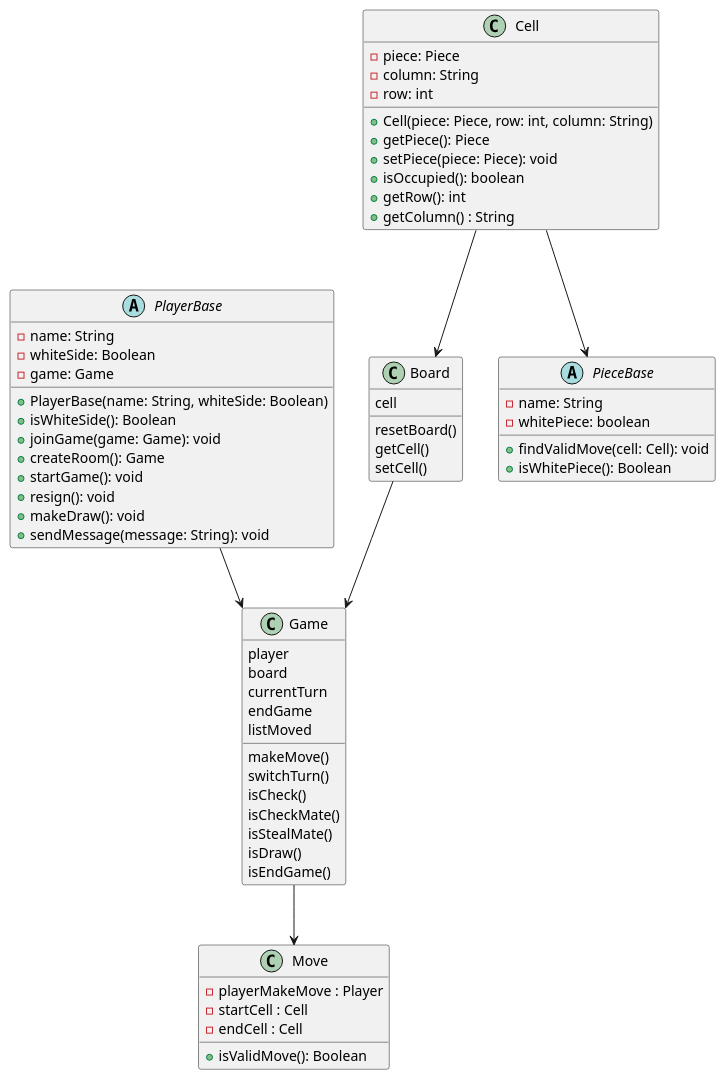
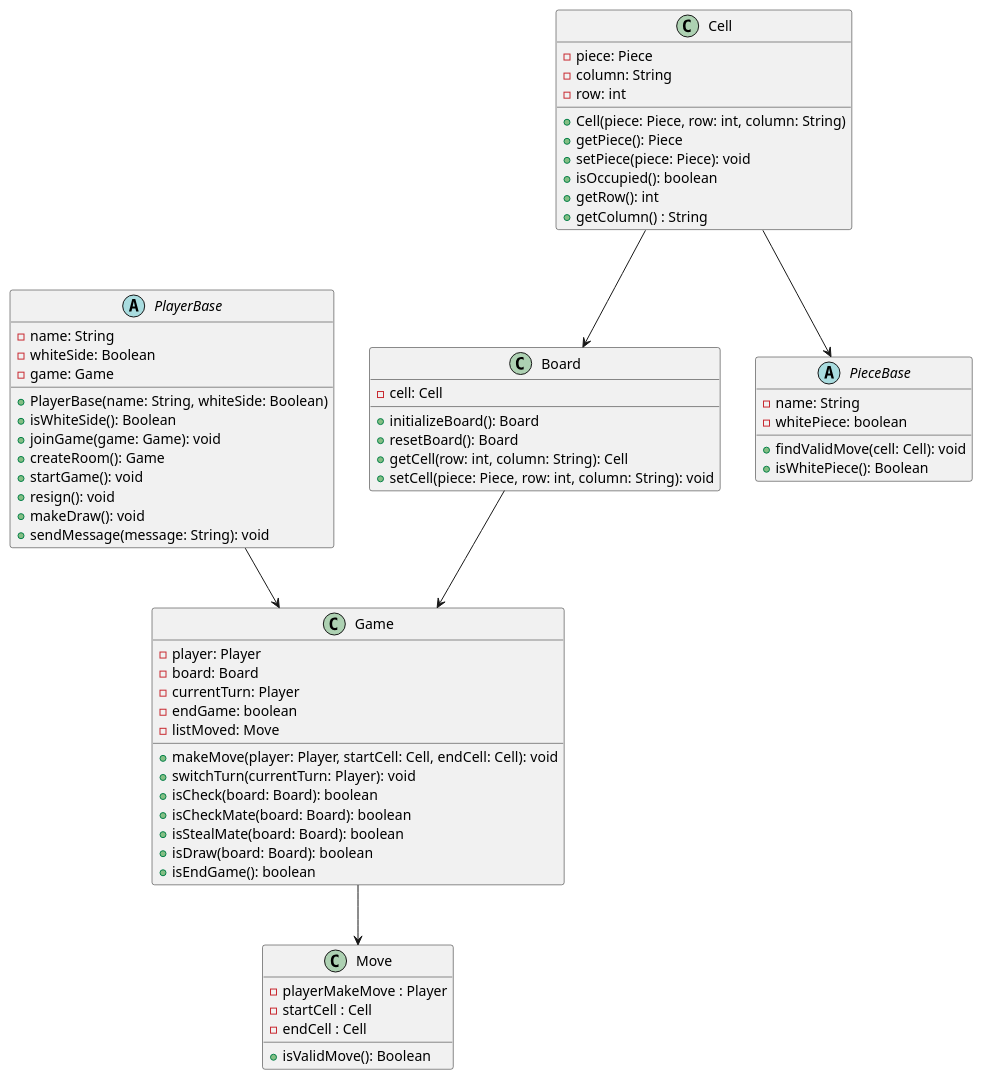
One commit to 3zard/Chess-Game changed the diagram in Diagram/classDiagram.pu. Above: the diagram before and after it, drawn with PlantUML.

Commit message:
Trình | edit classDiagram

```diff
--- a/Diagram/classDiagram.pu
+++ b/Diagram/classDiagram.pu
@@ -1,72 +1,73 @@
 @startuml classDiagram
 class Board {
-    cell
-    resetBoard()
-    getCell()
-    setCell()
+    -cell: Cell
+    +initializeBoard(): Board
+    +resetBoard(): Board
+    +getCell(row: int, column: String): Cell
+    +setCell(piece: Piece, row: int, column: String): void
 }
 class Game {
-    player
-    board
-    currentTurn
-    endGame
-    listMoved
-    makeMove()
-    switchTurn()
-    isCheck()
-    isCheckMate()
-    isStealMate()
-    isDraw()
-    isEndGame()
+    -player: Player
+    -board: Board
+    -currentTurn: Player
+    -endGame: boolean
+    -listMoved: Move
+    +makeMove(player: Player, startCell: Cell, endCell: Cell): void
+    +switchTurn(currentTurn: Player): void
+    +isCheck(board: Board): boolean
+    +isCheckMate(board: Board): boolean
+    +isStealMate(board: Board): boolean
+    +isDraw(board: Board): boolean
+    +isEndGame(): boolean
 }
 
 class Cell {
     -piece: Piece
     -column: String 
     -row: int
 
     +Cell(piece: Piece, row: int, column: String)
     +getPiece(): Piece
     +setPiece(piece: Piece): void
     +isOccupied(): boolean
     +getRow(): int
     +getColumn() : String
 }
 abstract class PlayerBase {
     -name: String
     -whiteSide: Boolean
     -game: Game
     
     +PlayerBase(name: String, whiteSide: Boolean)
     +isWhiteSide(): Boolean
     +joinGame(game: Game): void
     +createRoom(): Game
     +startGame(): void
     +resign(): void
     +makeDraw(): void
     +sendMessage(message: String): void
 }
 
 abstract class PieceBase {
     -name: String
     -whitePiece: boolean
 
     +findValidMove(cell: Cell): void
     +isWhitePiece(): Boolean
 }
 
 class Move {
     -playerMakeMove : Player
     -startCell : Cell 
     -endCell : Cell
 
     +isValidMove(): Boolean
 }
 
 PlayerBase --> Game
 Cell --> Board
 Cell -->PieceBase
 Board --> Game
 Game --> Move
 
 @enduml
```
